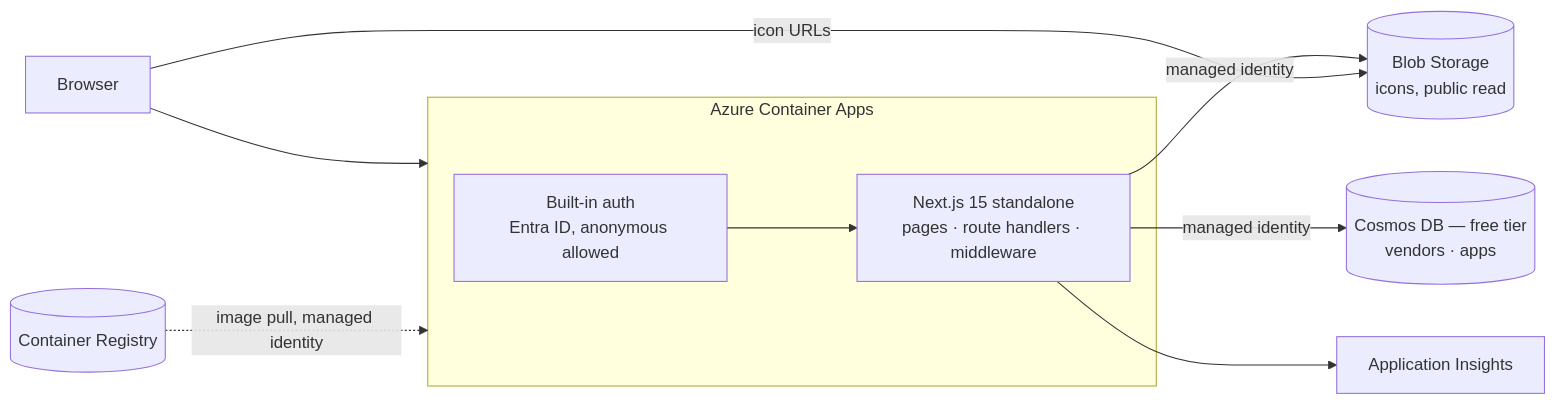
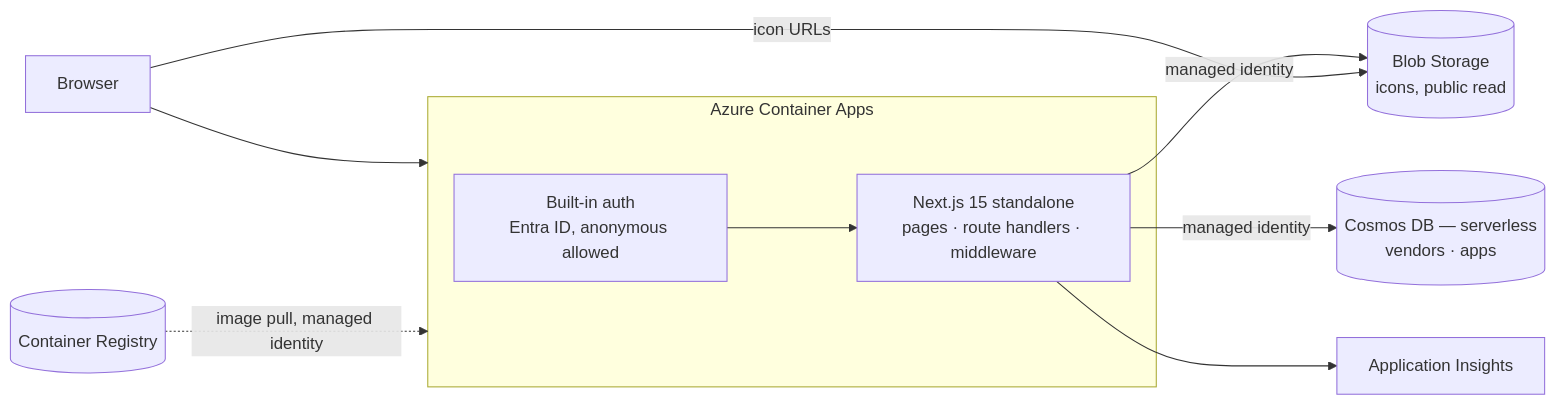
Before and after one commit to scotscottmca/wherethemlogs.app: the diagram in docs/ARCHITECTURE.md, drawn with Mermaid. The commit also changed other lines of this file and 5 other files, not shown here.

First line of the commit message:
Turn off Cosmos free tier, buy throughput as serverless

````diff
--- a/docs/ARCHITECTURE.md
+++ b/docs/ARCHITECTURE.md
@@ -6,16 +6,16 @@
 ```mermaid
 flowchart LR
   Browser --> CA
 
   subgraph CA["Azure Container Apps"]
     AUTH["Built-in auth<br/>Entra ID, anonymous allowed"]
     NEXT["Next.js 15 standalone<br/>pages · route handlers · middleware"]
     AUTH --> NEXT
   end
 
   ACR[("Container Registry")] -. "image pull, managed identity" .-> CA
-  NEXT -- "managed identity" --> COSMOS[("Cosmos DB — free tier<br/>vendors · apps")]
+  NEXT -- "managed identity" --> COSMOS[("Cosmos DB — serverless<br/>vendors · apps")]
   NEXT -- "managed identity" --> BLOB[("Blob Storage<br/>icons, public read")]
   Browser -- "icon URLs" --> BLOB
   NEXT --> AI["Application Insights"]
 ```
````
